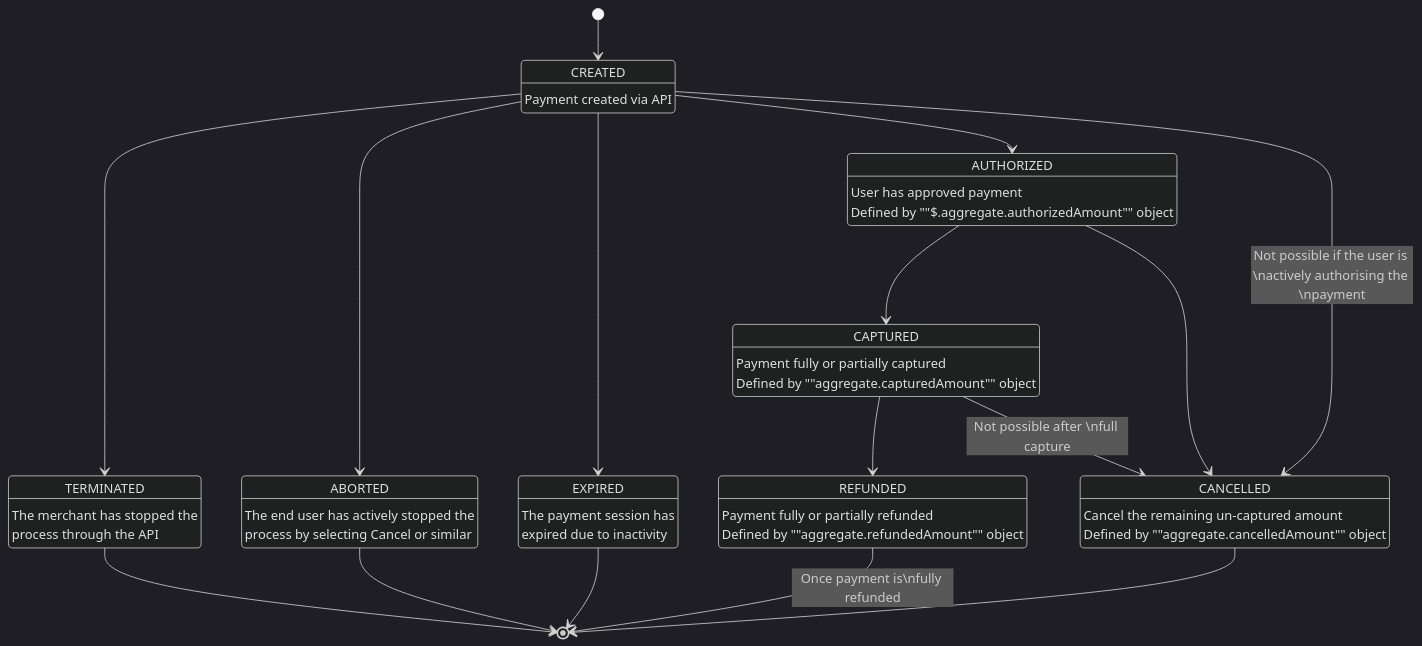
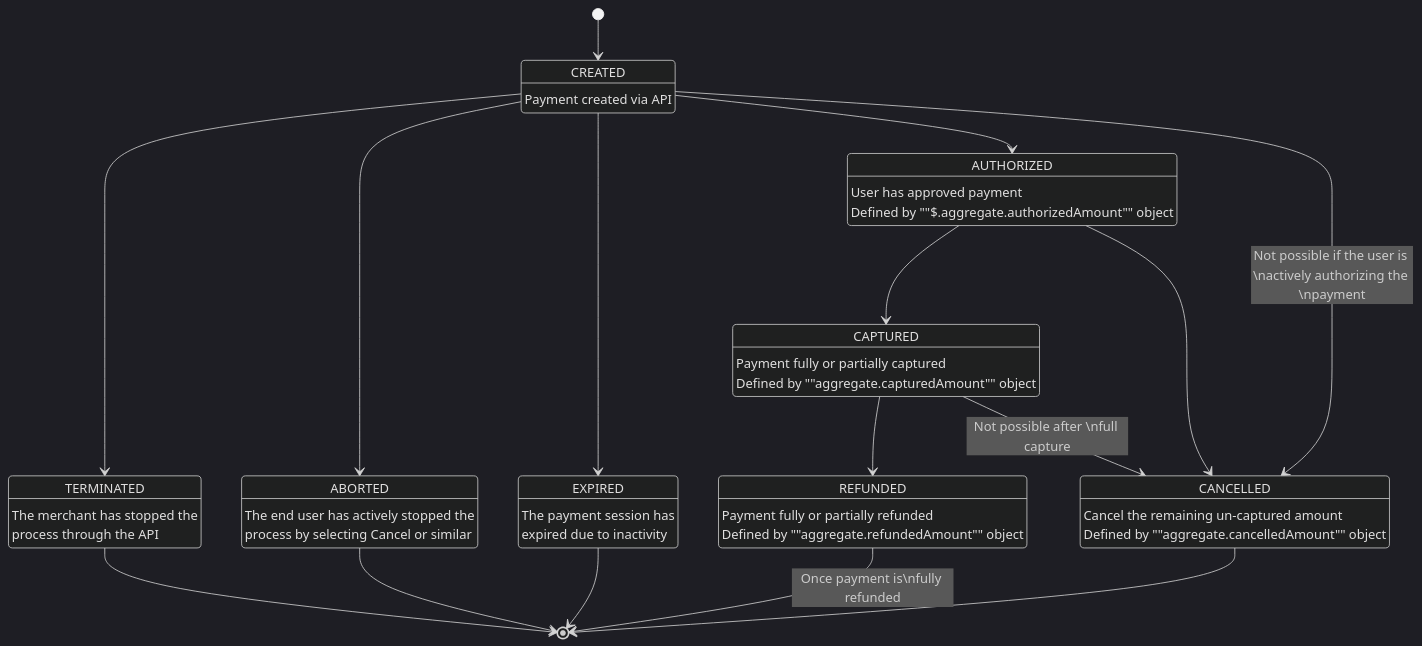
Before and after one commit to vippsas/vipps-epayment-api: the diagram in payment_states.md, drawn with Mermaid (dark theme).

````diff
--- a/payment_states.md
+++ b/payment_states.md
@@ -19,34 +19,34 @@
 ``` mermaid
 stateDiagram
     [*] --> CREATED
 CREATED : CREATED
 CREATED : Payment created via API
 CREATED --> TERMINATED
 TERMINATED : TERMINATED
 TERMINATED : The merchant has stopped the\nprocess through the API
 TERMINATED --> [*]
 CREATED --> ABORTED
 ABORTED : ABORTED
 ABORTED : The end user has actively stopped the\nprocess by selecting Cancel or similar
 ABORTED --> [*]
 CREATED --> EXPIRED
 EXPIRED : EXPIRED
 EXPIRED : The payment session has\nexpired due to inactivity
 EXPIRED --> [*]
 CREATED --> AUTHORIZED
 AUTHORIZED : AUTHORIZED
 AUTHORIZED : User has approved payment\nDefined by ""$.aggregate.authorizedAmount"" object
 AUTHORIZED --> CAPTURED
 CAPTURED : CAPTURED
 CAPTURED : Payment fully or partially captured\nDefined by ""aggregate.capturedAmount"" object
 CAPTURED --> REFUNDED
 REFUNDED : REFUNDED
 REFUNDED : Payment fully or partially refunded\nDefined by ""aggregate.refundedAmount"" object
 REFUNDED --> [*] : Once payment is\nfully refunded
-CREATED --> CANCELLED : Not possible if the user is \nactively authorising the \npayment
+CREATED --> CANCELLED : Not possible if the user is \nactively authorizing the \npayment
 AUTHORIZED --> CANCELLED 
 CAPTURED --> CANCELLED : Not possible after \nfull capture
 CANCELLED : CANCELLED
 CANCELLED : Cancel the remaining un-captured amount\nDefined by ""aggregate.cancelledAmount"" object
 CANCELLED --> [*]
 ```
````
